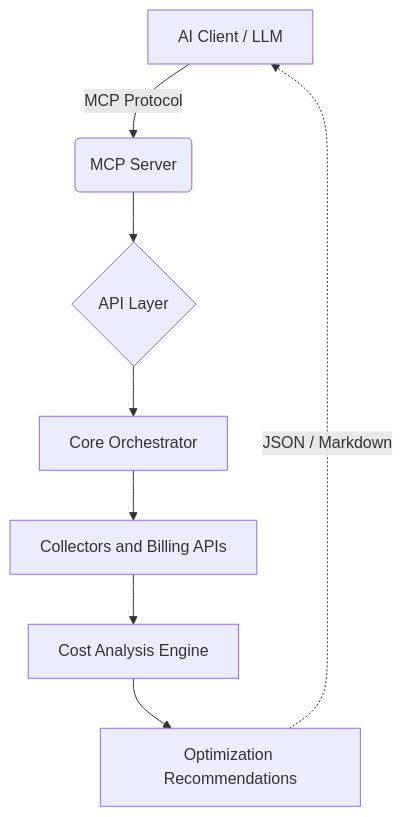
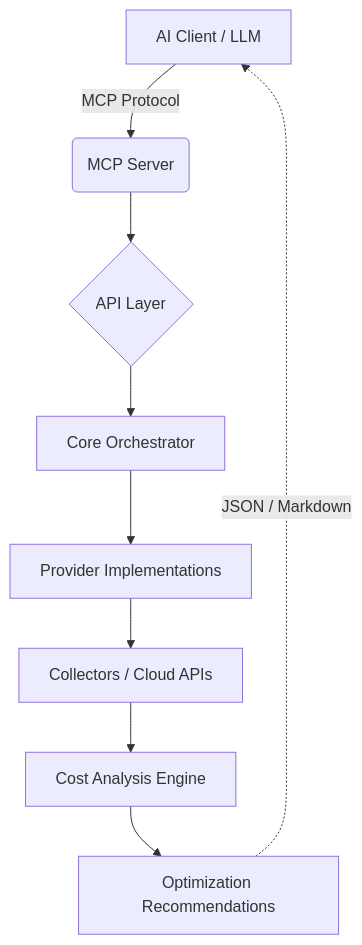
One commit to Moiz-Ali-Moomin/mcp-cloud-finops-ai-agent changed the diagram in README.md. Above: the diagram before and after it, drawn with Mermaid. The commit also changed other lines of this file and 16 other files, not shown here.

Commit message:
feat: Introduce Kubernetes provider and collector with OpenCost integration and comprehensive documentation.

````diff
--- a/README.md
+++ b/README.md
@@ -103,10 +37,11 @@
 ```mermaid
 graph TD
     A[AI Client / LLM] -->|MCP Protocol| B(MCP Server)
     B --> C{API Layer}
     C --> D[Core Orchestrator]
-    D --> E[Collectors and Billing APIs]
-    E --> F[Cost Analysis Engine]
-    F --> G[Optimization Recommendations]
-    G -.->|JSON / Markdown| A
+    D --> E[Provider Implementations]
+    E --> F[Collectors / Cloud APIs]
+    F --> G[Cost Analysis Engine]
+    G --> H[Optimization Recommendations]
+    H -.->|JSON / Markdown| A
 ```
````
